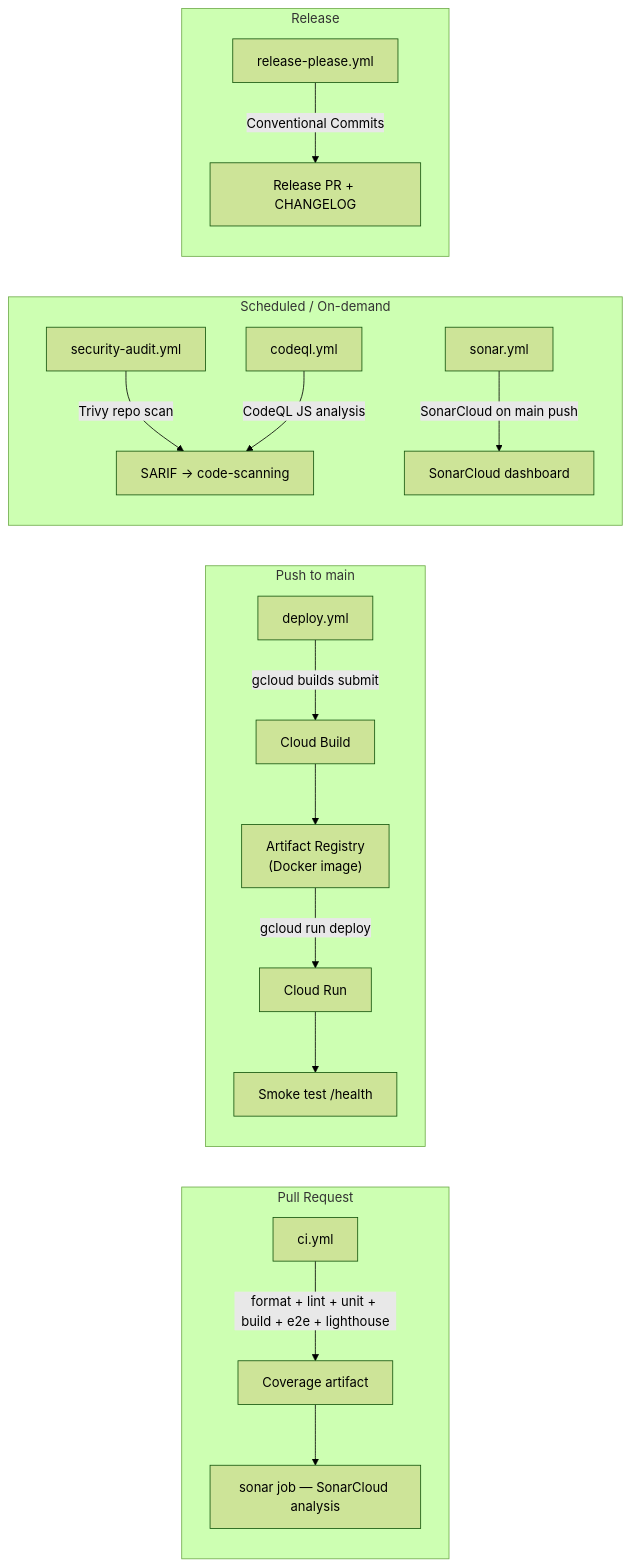
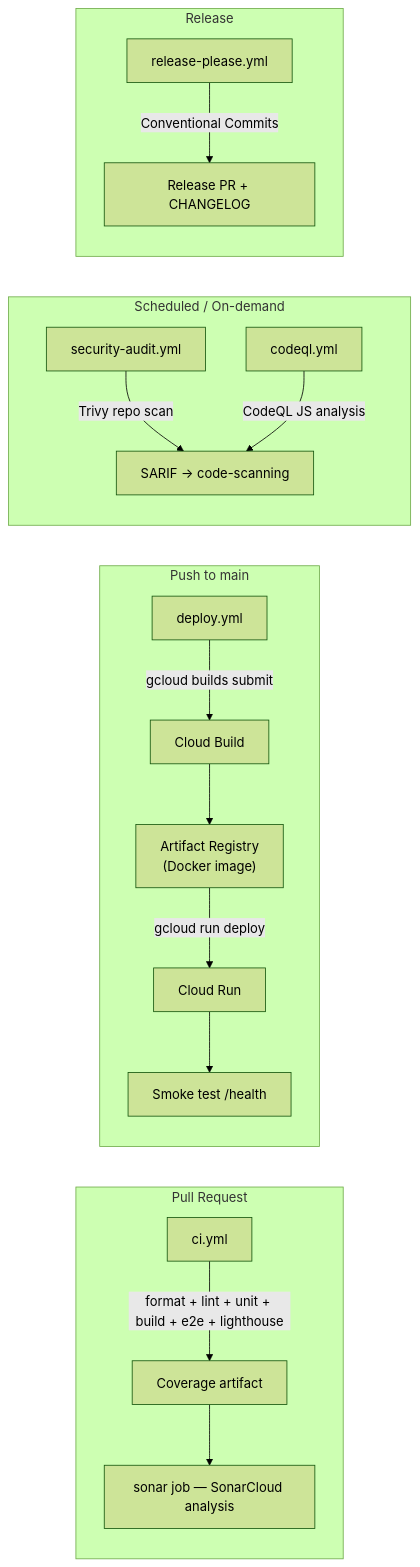
The fourth of 4 diagrams in docs/architecture.md (anchildress1/carbon-trace), drawn with Mermaid (forest theme) before and after one commit. The commit also changed other lines of this file and 4 other files, not shown here.

````diff
--- a/docs/architecture.md
+++ b/docs/architecture.md
@@ -166,24 +175,23 @@
 ```mermaid
 flowchart LR
     subgraph PR["Pull Request"]
         A[ci.yml] -->|format + lint + unit + build + e2e + lighthouse| B[Coverage artifact]
         B --> C[sonar job — SonarCloud analysis]
     end
 
     subgraph Main["Push to main"]
         D[deploy.yml] -->|gcloud builds submit| E[Cloud Build]
         E --> F["Artifact Registry\n(Docker image)"]
         F -->|gcloud run deploy| G[Cloud Run]
         G --> H[Smoke test /health]
     end
 
     subgraph Scheduled["Scheduled / On-demand"]
         I[security-audit.yml] -->|Trivy repo scan| J[SARIF → code-scanning]
         K[codeql.yml] -->|CodeQL JS analysis| J
-        L[sonar.yml] -->|SonarCloud on main push| M[SonarCloud dashboard]
     end
 
     subgraph Release["Release"]
         N[release-please.yml] -->|Conventional Commits| O[Release PR + CHANGELOG]
     end
 ```
````
